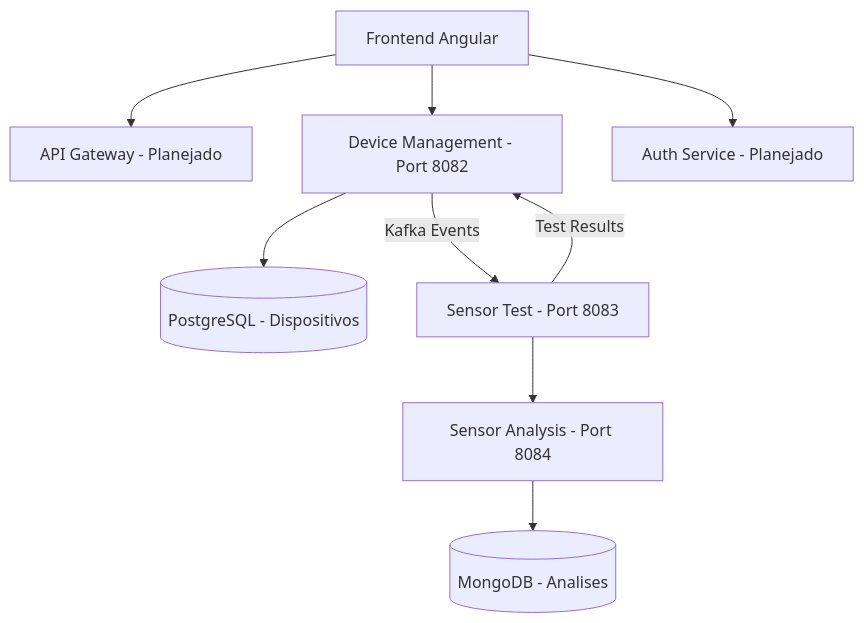
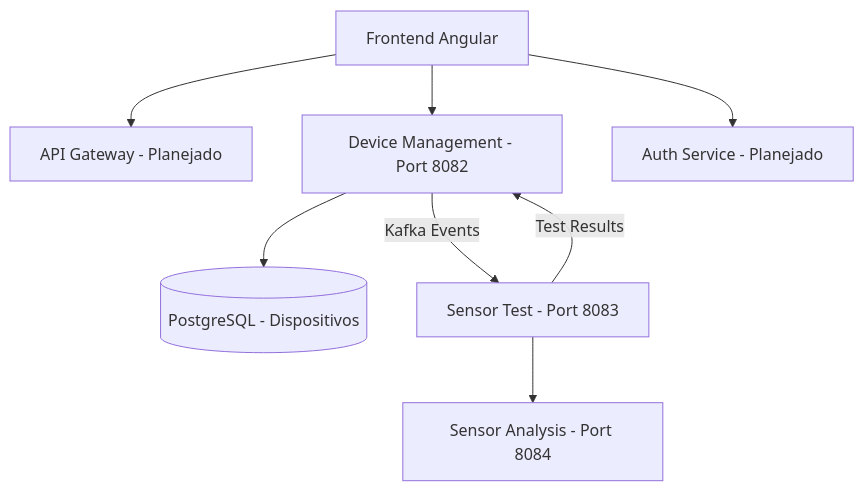
Before and after one commit to PabloRsHds/device-management-system: the diagram in README.md, drawn with Mermaid. The commit also changed other lines of this file, not shown here.

````diff
--- a/README.md
+++ b/README.md
@@ -26,12 +26,11 @@
 ```mermaid
 graph TB
     A[Frontend Angular] --> B[API Gateway - Planejado]
     A --> C[Device Management - Port 8082]
     A --> D[Auth Service - Planejado]
 
     C --> E[(PostgreSQL - Dispositivos)]
     C -- Kafka Events --> F[Sensor Test - Port 8083]
     F -- Test Results --> C
     F --> G[Sensor Analysis - Port 8084]
-    G --> H[(MongoDB - Analises)]
 ```
````
